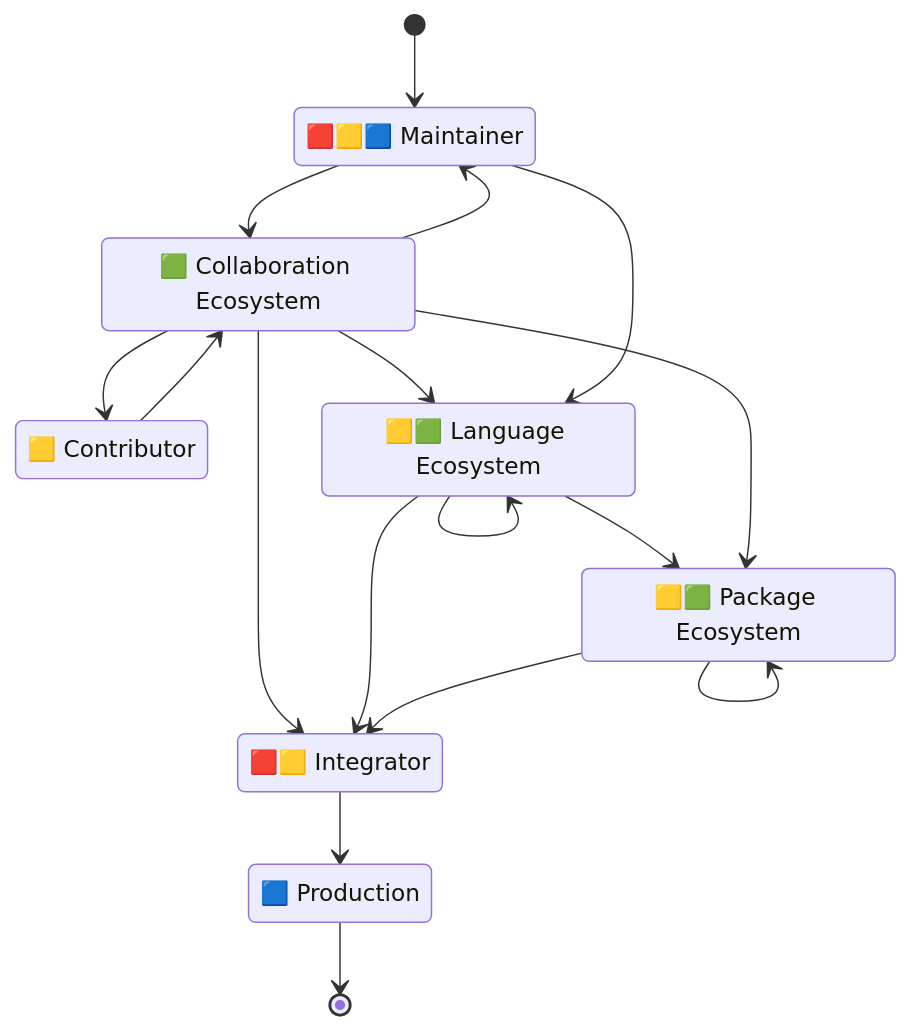
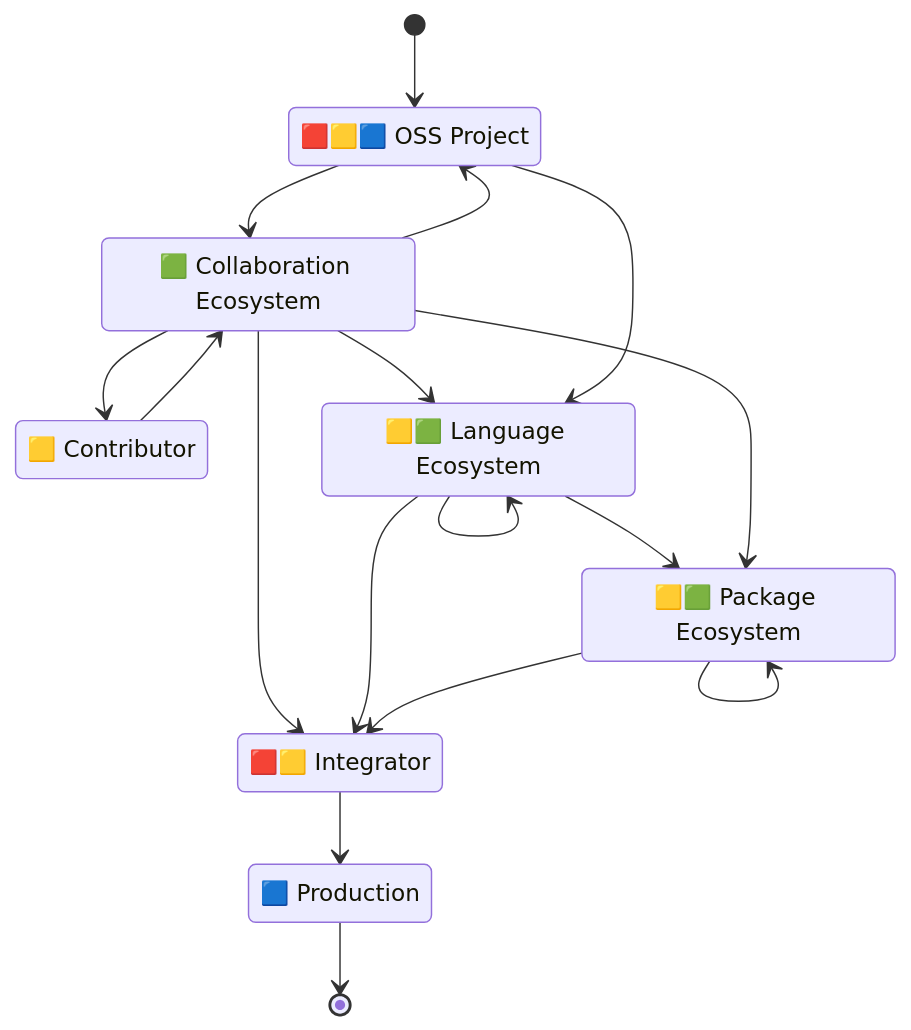
Before and after one commit to CPAN-Security/security.metacpan.org: the first of 5 diagrams in docs/supplychain-sbom.md, drawn with Mermaid. The commit also changed other lines of this file and 1 other file, not shown here.

Commit message:
Sync up graphs, so they use similar terms

````diff
--- a/docs/supplychain-sbom.md
+++ b/docs/supplychain-sbom.md
@@ -55,32 +55,32 @@
 ```mermaid
 stateDiagram-v2
     direction TB
 
-    state "🟥🟨🟦 Maintainer" as environment_maintainer
+    state "🟥🟨🟦 OSS Project" as environment_opensource
     state "🟨 Contributor" as environment_contributor
     state "🟩 Collaboration Ecosystem" as ecosystem_repo
     state "🟨🟩 Language Ecosystem" as ecosystem_lang
     state "🟨🟩 Package Ecosystem" as ecosystem_package
     state "🟥🟨 Integrator" as environment_integrator
     state "🟦 Production" as environment_prod
 
-    [*]                      --> environment_maintainer
-    ecosystem_repo           --> environment_maintainer
+    [*]                      --> environment_opensource
+    ecosystem_repo           --> environment_opensource
     ecosystem_repo           --> environment_contributor
     ecosystem_repo           --> ecosystem_lang
-    environment_maintainer   --> ecosystem_repo
-    environment_maintainer   --> ecosystem_lang
+    environment_opensource   --> ecosystem_repo
+    environment_opensource   --> ecosystem_lang
     environment_contributor  --> ecosystem_repo
     ecosystem_lang           --> ecosystem_package
     ecosystem_repo           --> ecosystem_package
     ecosystem_repo           --> environment_integrator
     ecosystem_lang           --> environment_integrator
     ecosystem_package        --> environment_integrator
     ecosystem_lang           --> ecosystem_lang
     ecosystem_package        --> ecosystem_package
     environment_integrator   --> environment_prod
     environment_prod         --> [*]
 
     %% Copyright © 2024 Salve J. Nilsen <sjn@oslo.pm>
     %% Some rights reserved. Licensed CC-BY-SA-4.0
 ```
````
